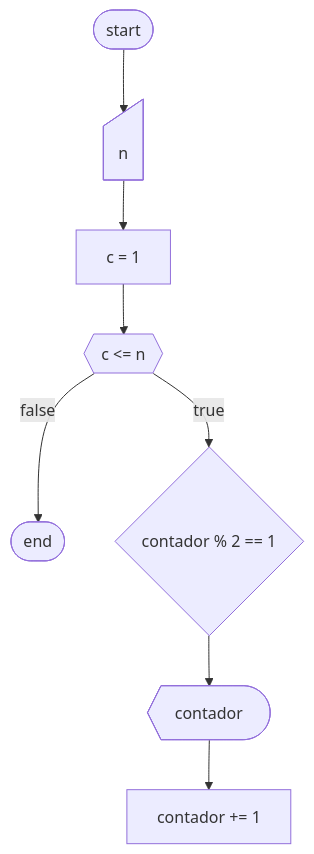
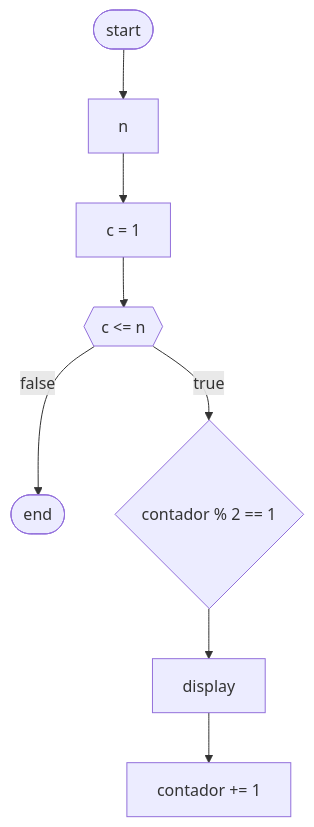
Before and after one commit to kf-martins-uel/algoritmos-atividade1: the third of 3 diagrams in Parte-3/README.md, drawn with Mermaid. The commit also changed other lines of this file and 5 other files, not shown here.

````diff
--- a/Parte-3/README.md
+++ b/Parte-3/README.md
@@ -83,6 +93,6 @@
-  ```mermaid
-  flowchart TB
-      start([start]) --> n@{shape: manual-input} --> contador["c = 1"] --> for{{"c <= n"}}
-      for -->|false| fim([end])
-      for -->|true| if{"contador % 2 == 1"} --> display@{shape: display, label: contador} --> inc["contador += 1"]
-  ```
+    ```mermaid
+    flowchart TB
+        start([start]) --> n@{shape:manual-input} --> contador["c = 1"] --> for{{"c <= n"}}
+        for -->|false| fim([end])
+        for -->|true| if{"contador % 2 == 1"} --> display@{shape:display, label:contador} --> inc["contador += 1"]
+    ```
````
